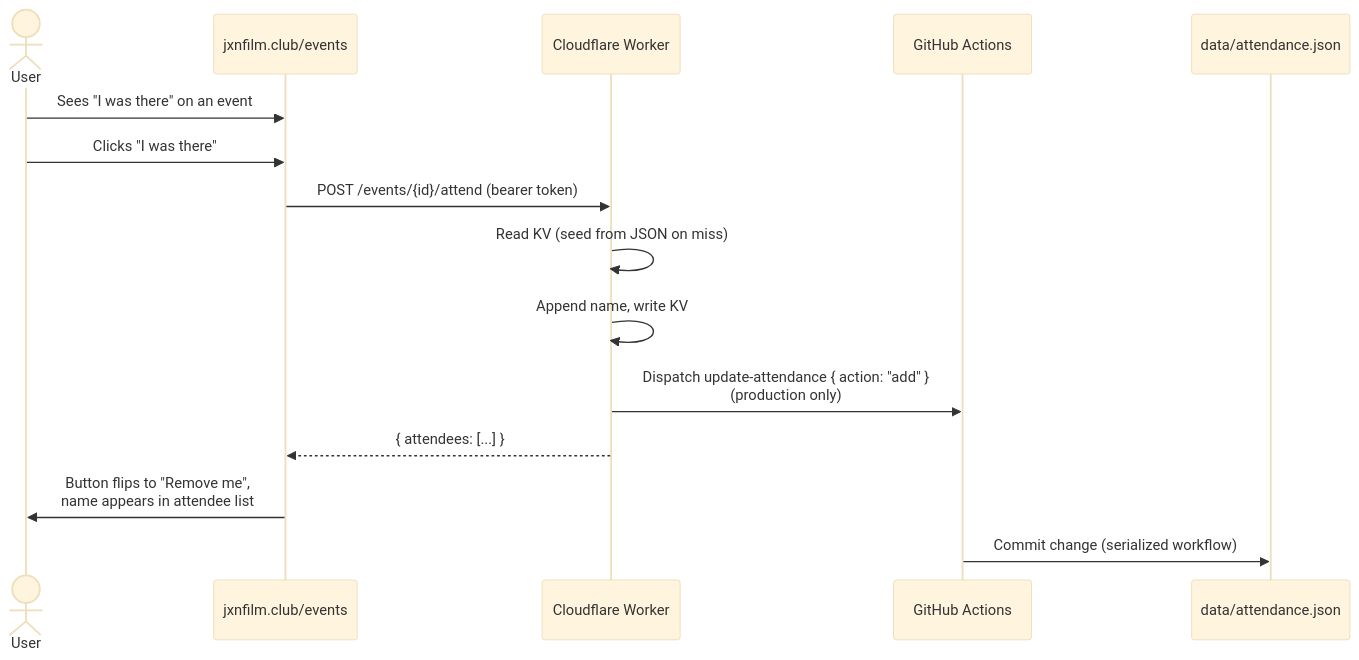
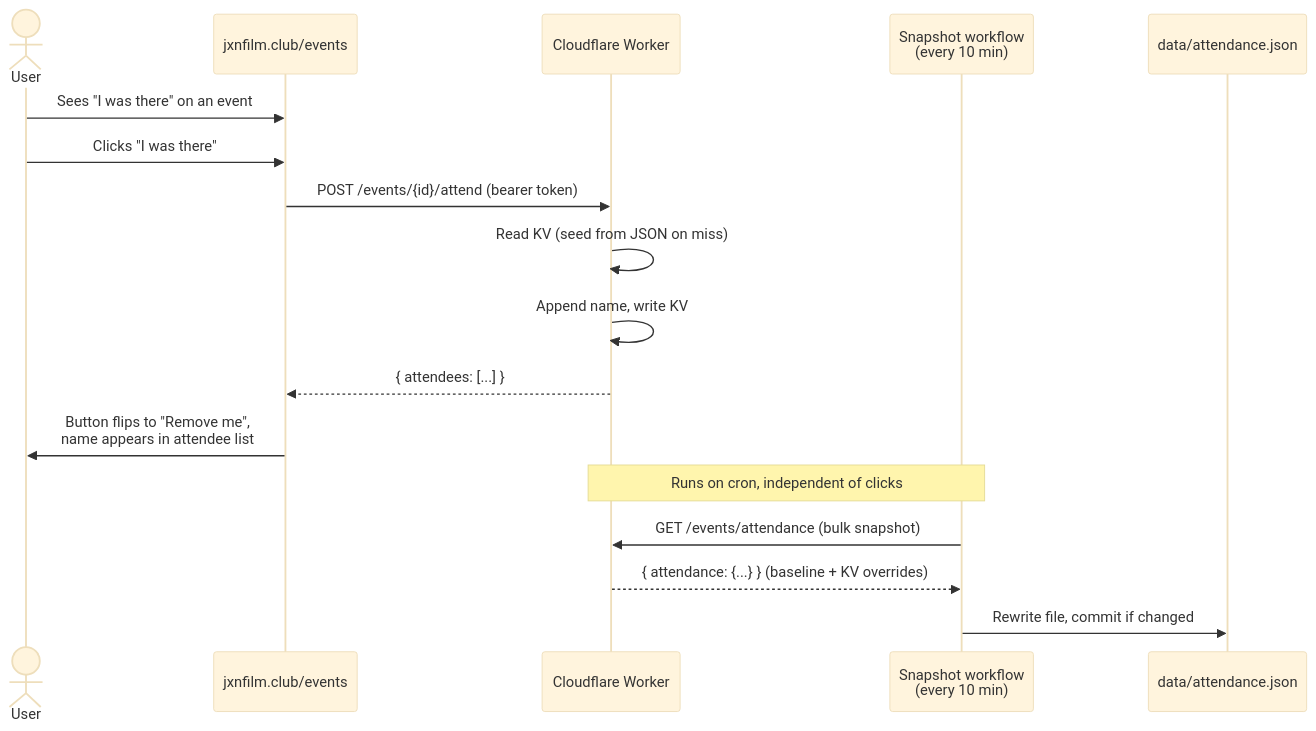
The first of 3 diagrams in docs/features/attendance.md (michaellambgelo/jxnfilmclub), drawn with Mermaid (base theme) before and after one commit. The commit also changed other lines of this file and 9 other files, not shown here.

First line of the commit message:
Replace per-click attendance dispatch with 10-minute snapshot

````diff
--- a/docs/features/attendance.md
+++ b/docs/features/attendance.md
@@ -7,18 +7,21 @@
 ```mermaid
 sequenceDiagram
     actor User
     participant Events as jxnfilm.club/events
     participant Worker as Cloudflare Worker
-    participant GH as GitHub Actions
+    participant Cron as Snapshot workflow<br/>(every 10 min)
     participant JSON as data/attendance.json
 
     User->>Events: Sees "I was there" on an event
     User->>Events: Clicks "I was there"
     Events->>Worker: POST /events/{id}/attend (bearer token)
     Worker->>Worker: Read KV (seed from JSON on miss)
     Worker->>Worker: Append name, write KV
-    Worker->>GH: Dispatch update-attendance { action: "add" }<br/>(production only)
     Worker-->>Events: { attendees: [...] }
     Events->>User: Button flips to "Remove me",<br/>name appears in attendee list
-    GH->>JSON: Commit change (serialized workflow)
+
+    Note over Cron,Worker: Runs on cron, independent of clicks
+    Cron->>Worker: GET /events/attendance (bulk snapshot)
+    Worker-->>Cron: { attendance: {...} } (baseline + KV overrides)
+    Cron->>JSON: Rewrite file, commit if changed
 ```
````
